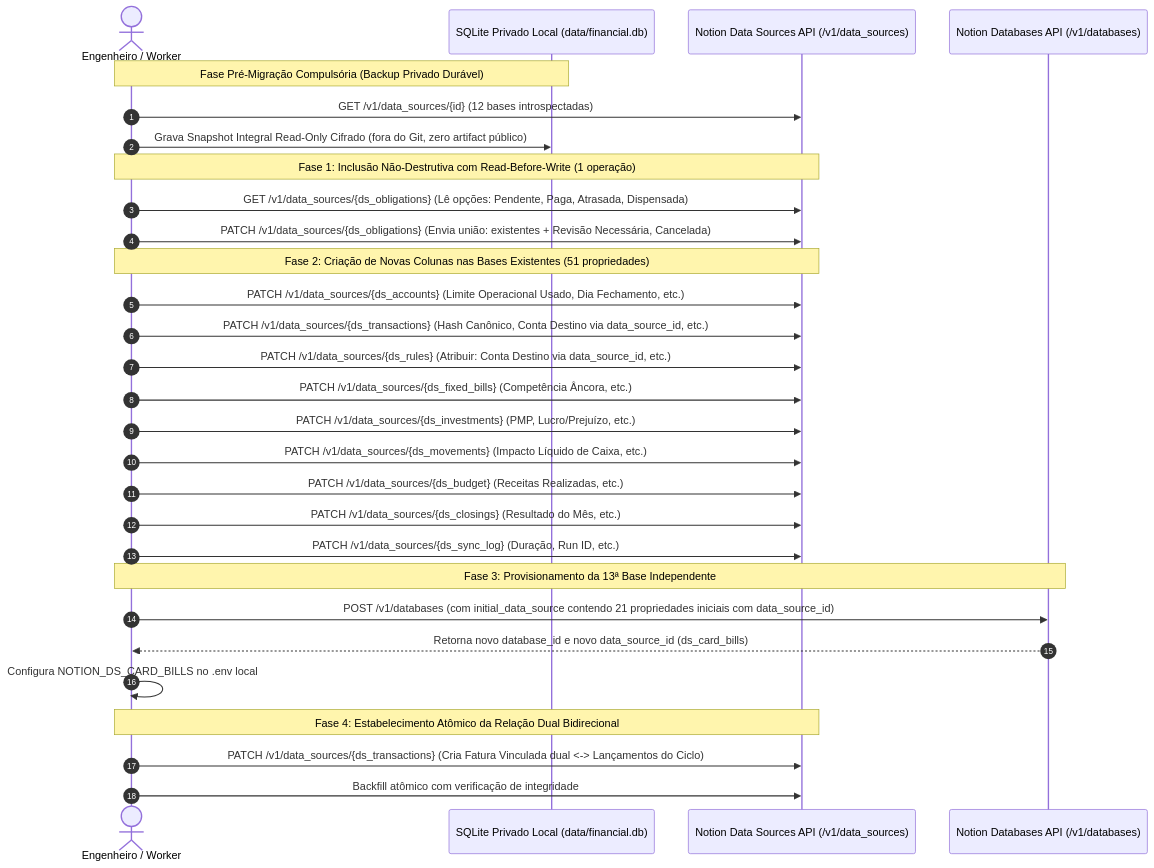
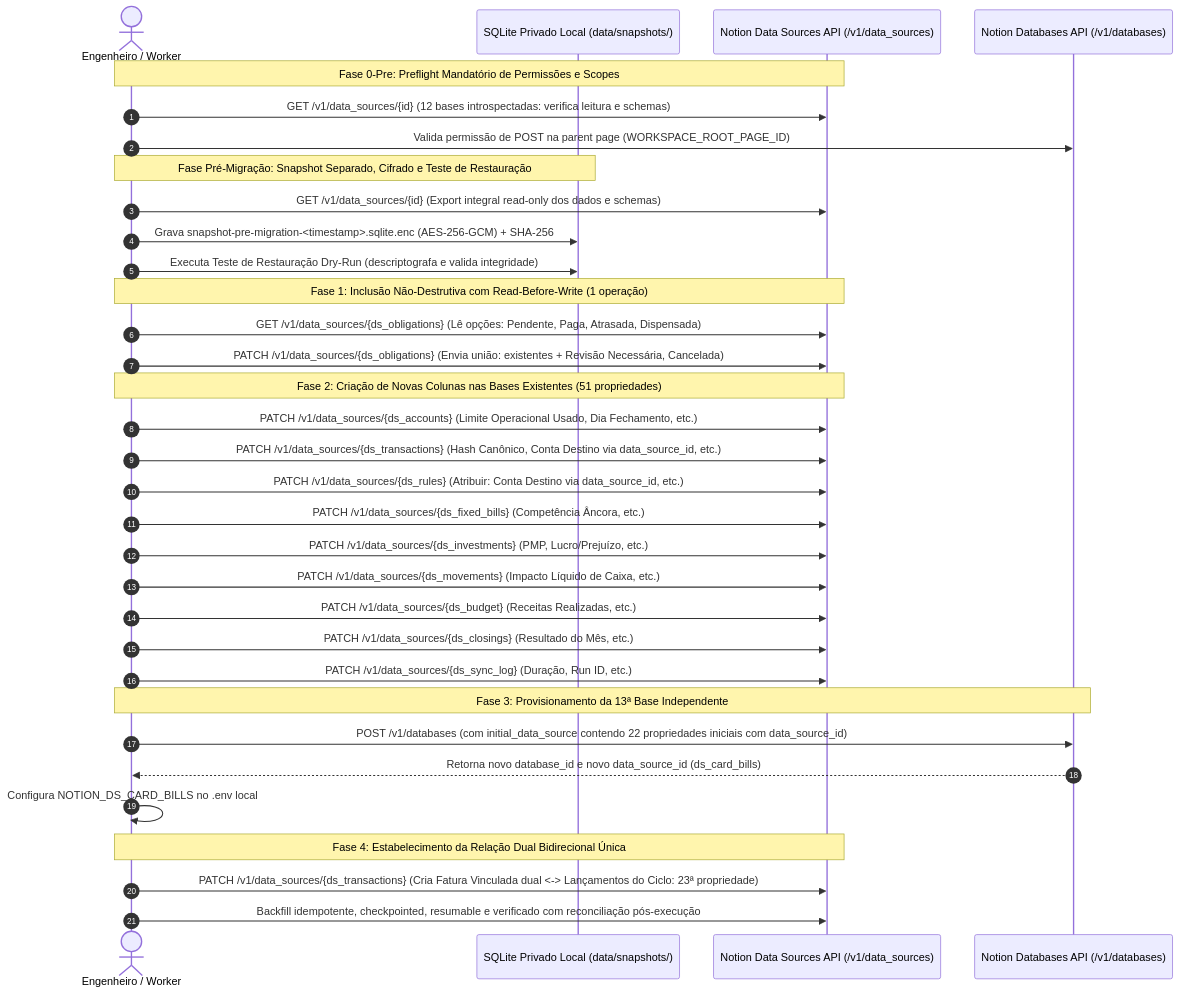
One commit to vitoledo/financial-organisation changed the diagram in architecture/notion-migration-plan.md. Above: the diagram before and after it, drawn with Mermaid. The commit also changed other lines of this file and 3 other files, not shown here.

Commit message:
docs(migration): finalize operational patch v2.3 with immutable snapshot and 244 schema decisions

````diff
--- a/architecture/notion-migration-plan.md
+++ b/architecture/notion-migration-plan.md
@@ -510,36 +537,41 @@
 ```mermaid
 sequenceDiagram
     autonumber
     actor Dev as Engenheiro / Worker
-    participant Storage as SQLite Privado Local (data/financial.db)
+    participant Storage as SQLite Privado Local (data/snapshots/)
     participant NotionDS as Notion Data Sources API (/v1/data_sources)
     participant NotionDB as Notion Databases API (/v1/databases)
 
-    Note over Dev,Storage: Fase Pré-Migração Compulsória (Backup Privado Durável)
-    Dev->>NotionDS: GET /v1/data_sources/{id} (12 bases introspectadas)
-    Dev->>Storage: Grava Snapshot Integral Read-Only Cifrado (fora do Git, zero artifact público)
+    Note over Dev,NotionDS: Fase 0-Pre: Preflight Mandatório de Permissões e Scopes
+    Dev->>NotionDS: GET /v1/data_sources/{id} (12 bases introspectadas: verifica leitura e schemas)
+    Dev->>NotionDB: Valida permissão de POST na parent page (WORKSPACE_ROOT_PAGE_ID)
+
+    Note over Dev,Storage: Fase Pré-Migração: Snapshot Separado, Cifrado e Teste de Restauração
+    Dev->>NotionDS: GET /v1/data_sources/{id} (Export integral read-only dos dados e schemas)
+    Dev->>Storage: Grava snapshot-pre-migration-<timestamp>.sqlite.enc (AES-256-GCM) + SHA-256
+    Dev->>Storage: Executa Teste de Restauração Dry-Run (descriptografa e valida integridade)
 
     Note over Dev,NotionDS: Fase 1: Inclusão Não-Destrutiva com Read-Before-Write (1 operação)
     Dev->>NotionDS: GET /v1/data_sources/{ds_obligations} (Lê opções: Pendente, Paga, Atrasada, Dispensada)
     Dev->>NotionDS: PATCH /v1/data_sources/{ds_obligations} (Envia união: existentes + Revisão Necessária, Cancelada)
 
     Note over Dev,NotionDS: Fase 2: Criação de Novas Colunas nas Bases Existentes (51 propriedades)
     Dev->>NotionDS: PATCH /v1/data_sources/{ds_accounts} (Limite Operacional Usado, Dia Fechamento, etc.)
     Dev->>NotionDS: PATCH /v1/data_sources/{ds_transactions} (Hash Canônico, Conta Destino via data_source_id, etc.)
     Dev->>NotionDS: PATCH /v1/data_sources/{ds_rules} (Atribuir: Conta Destino via data_source_id, etc.)
     Dev->>NotionDS: PATCH /v1/data_sources/{ds_fixed_bills} (Competência Âncora, etc.)
     Dev->>NotionDS: PATCH /v1/data_sources/{ds_investments} (PMP, Lucro/Prejuízo, etc.)
     Dev->>NotionDS: PATCH /v1/data_sources/{ds_movements} (Impacto Líquido de Caixa, etc.)
     Dev->>NotionDS: PATCH /v1/data_sources/{ds_budget} (Receitas Realizadas, etc.)
     Dev->>NotionDS: PATCH /v1/data_sources/{ds_closings} (Resultado do Mês, etc.)
     Dev->>NotionDS: PATCH /v1/data_sources/{ds_sync_log} (Duração, Run ID, etc.)
 
     Note over Dev,NotionDB: Fase 3: Provisionamento da 13ª Base Independente
-    Dev->>NotionDB: POST /v1/databases (com initial_data_source contendo 21 propriedades iniciais com data_source_id)
+    Dev->>NotionDB: POST /v1/databases (com initial_data_source contendo 22 propriedades iniciais com data_source_id)
     NotionDB-->>Dev: Retorna novo database_id e novo data_source_id (ds_card_bills)
     Dev->>Dev: Configura NOTION_DS_CARD_BILLS no .env local
 
-    Note over Dev,NotionDS: Fase 4: Estabelecimento Atômico da Relação Dual Bidirecional
-    Dev->>NotionDS: PATCH /v1/data_sources/{ds_transactions} (Cria Fatura Vinculada dual <-> Lançamentos do Ciclo)
-    Dev->>NotionDS: Backfill atômico com verificação de integridade
+    Note over Dev,NotionDS: Fase 4: Estabelecimento da Relação Dual Bidirecional Única
+    Dev->>NotionDS: PATCH /v1/data_sources/{ds_transactions} (Cria Fatura Vinculada dual <-> Lançamentos do Ciclo: 23ª propriedade)
+    Dev->>NotionDS: Backfill idempotente, checkpointed, resumable e verificado com reconciliação pós-execução
 ```
````
